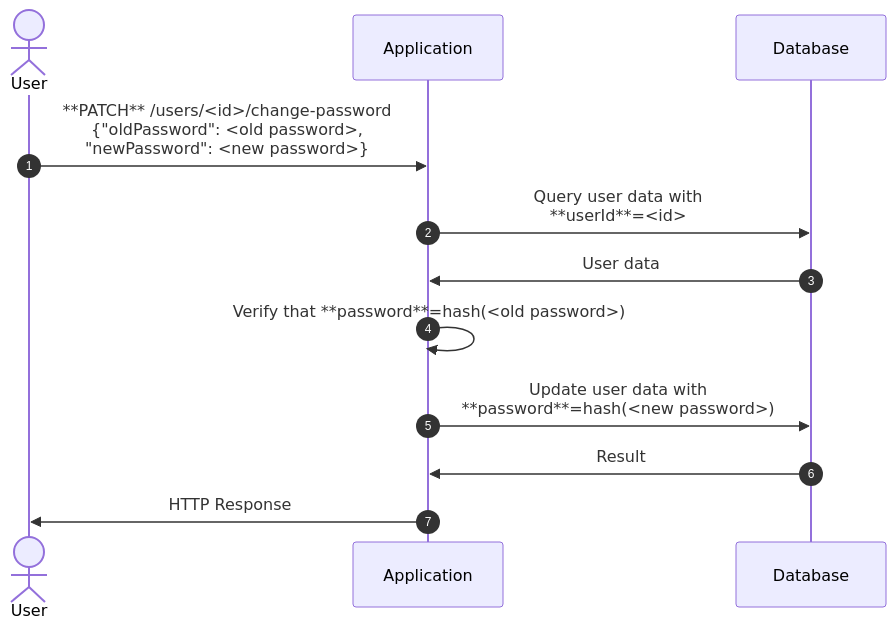
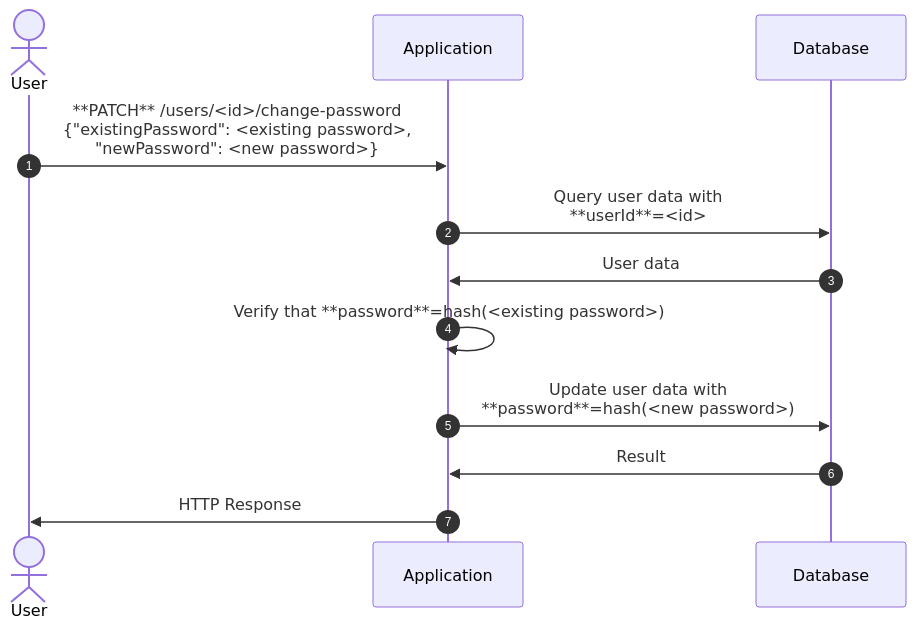
Before and after one commit to sanjayrisbud/starzz-boot: the ninth of 11 diagrams in README.md, drawn with Mermaid. The commit also changed other lines of this file, not shown here.

````diff
--- a/README.md
+++ b/README.md
@@ -1598,16 +1598,16 @@
 ```mermaid
 sequenceDiagram
     autonumber
 
     actor User
     participant Application
     participant Database
 
-    User ->> Application: **PATCH** /users/<id>/change-password<br/>{"oldPassword": <old password>,<br/>"newPassword": <new password>}
+    User ->> Application: **PATCH** /users/<id>/change-password<br/>{"existingPassword": <existing password>,<br/>"newPassword": <new password>}
     Application ->> Database: Query user data with<br/>**userId**=<id>
     Database ->> Application: User data
-    Application ->> Application: Verify that **password**=hash(<old password>)
+    Application ->> Application: Verify that **password**=hash(<existing password>)
     Application ->> Database: Update user data with<br/>**password**=hash(<new password>)
     Database ->> Application: Result
     Application ->> User: HTTP Response
 ```
````
